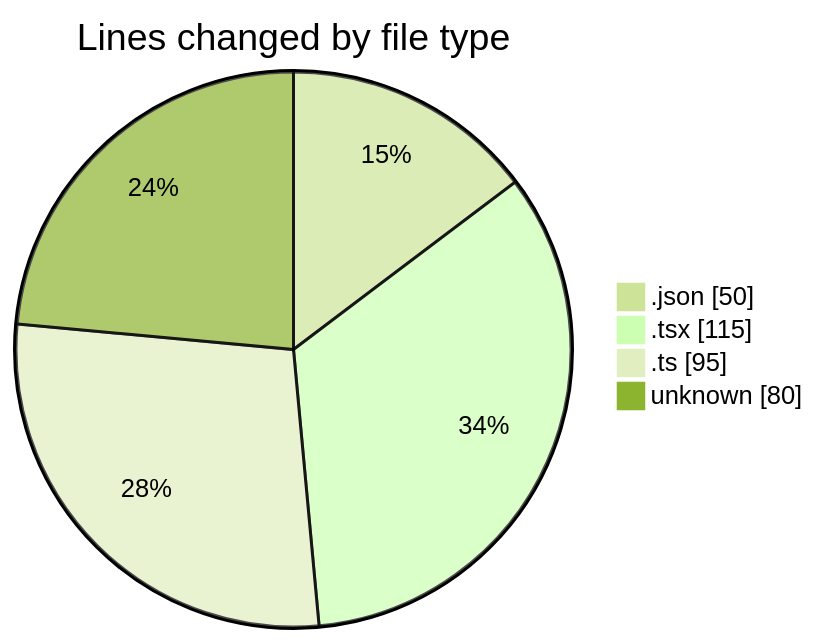
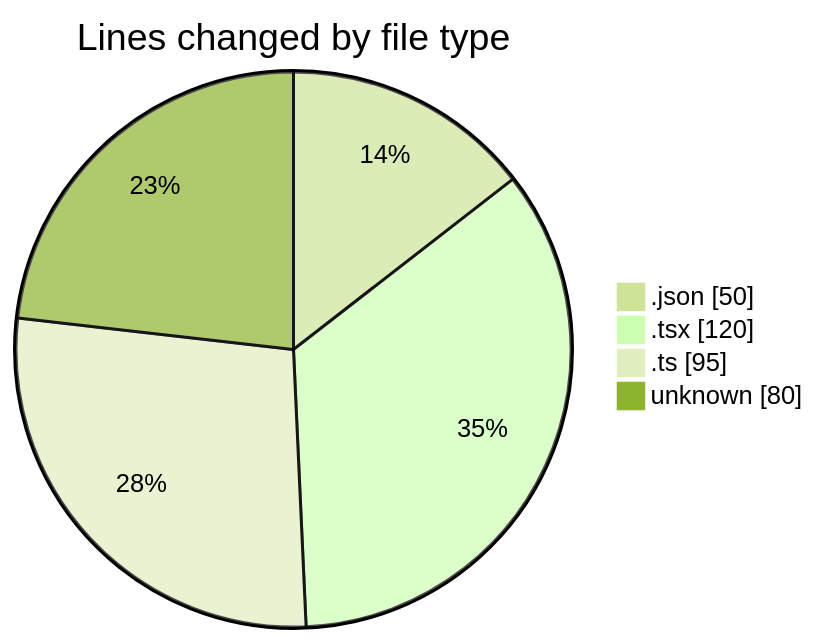
The first of 2 diagrams in 2025-10-29/eventscop-frontend-guide__workspace_/README.md (julien-gomy/code-tracking), drawn with Mermaid (forest theme) before and after one commit. The commit also changed other lines of this file and 1 other file, not shown here.

````diff
--- a/2025-10-29/eventscop-frontend-guide__workspace_/README.md
+++ b/2025-10-29/eventscop-frontend-guide__workspace_/README.md
@@ -30,8 +31,8 @@
 ```mermaid
 pie showData
 title Lines changed by file type
 ".json" : 50
-".tsx" : 115
+".tsx" : 120
 ".ts" : 95
 "unknown" : 80
 ```
````
